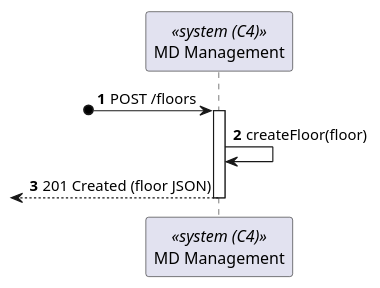
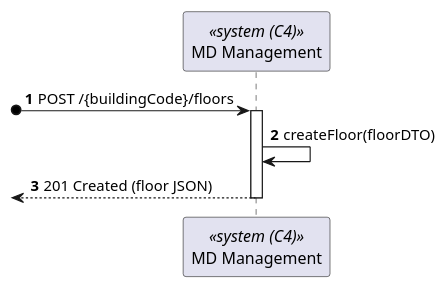
The diagram in _wiki/sprint-a/us05-190/views/level-2/process-view.puml (miseEnPlace-dev/lapr5), drawn with PlantUML before and after one commit. The commit also changed 2 other files, not shown here.

```diff
--- a/_wiki/sprint-a/us05-190/views/level-2/process-view.puml
+++ b/_wiki/sprint-a/us05-190/views/level-2/process-view.puml
@@ -1,13 +1,13 @@
 @startuml process-view
 autonumber
 participant SYS as "MD Management" <<system (C4)>>
 
 
-?o-> SYS : POST /floors
+?o-> SYS : POST /{buildingCode}/floors
 activate SYS
 
-SYS -> SYS : createFloor(floor)
+SYS -> SYS : createFloor(floorDTO)
 <-- SYS : 201 Created (floor JSON)
 deactivate SYS
 
 @enduml
```
